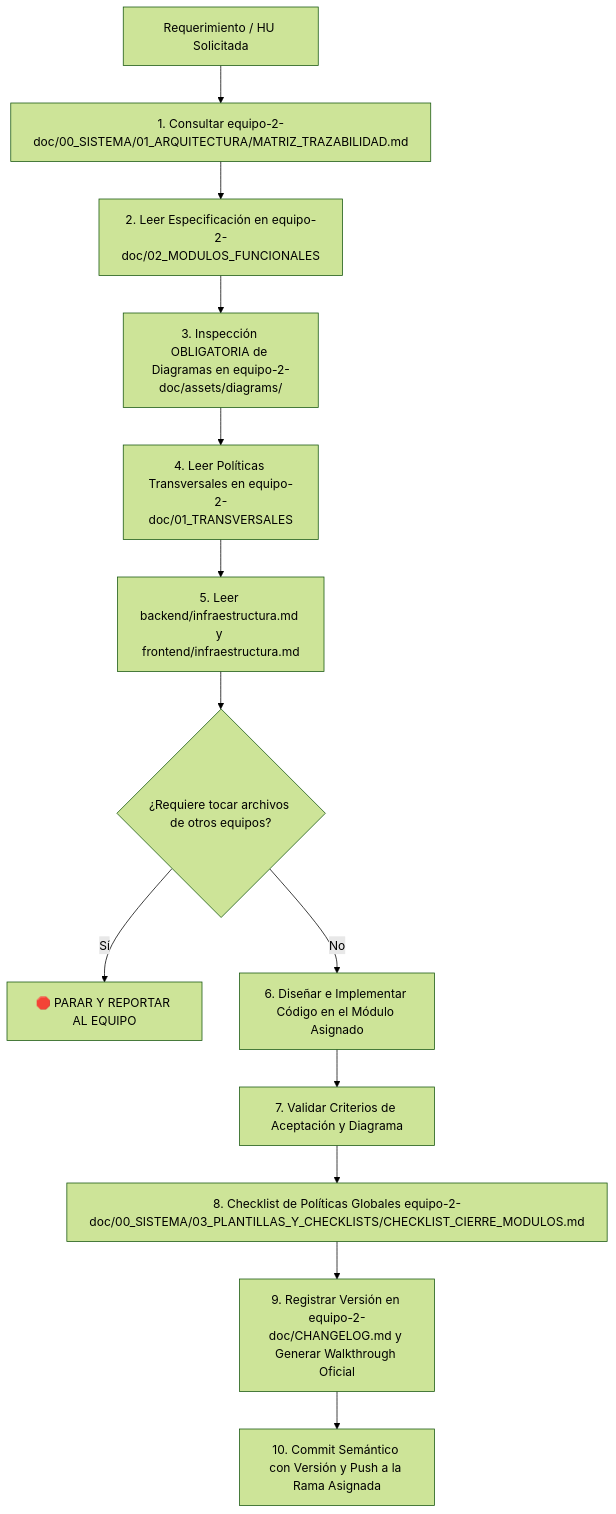
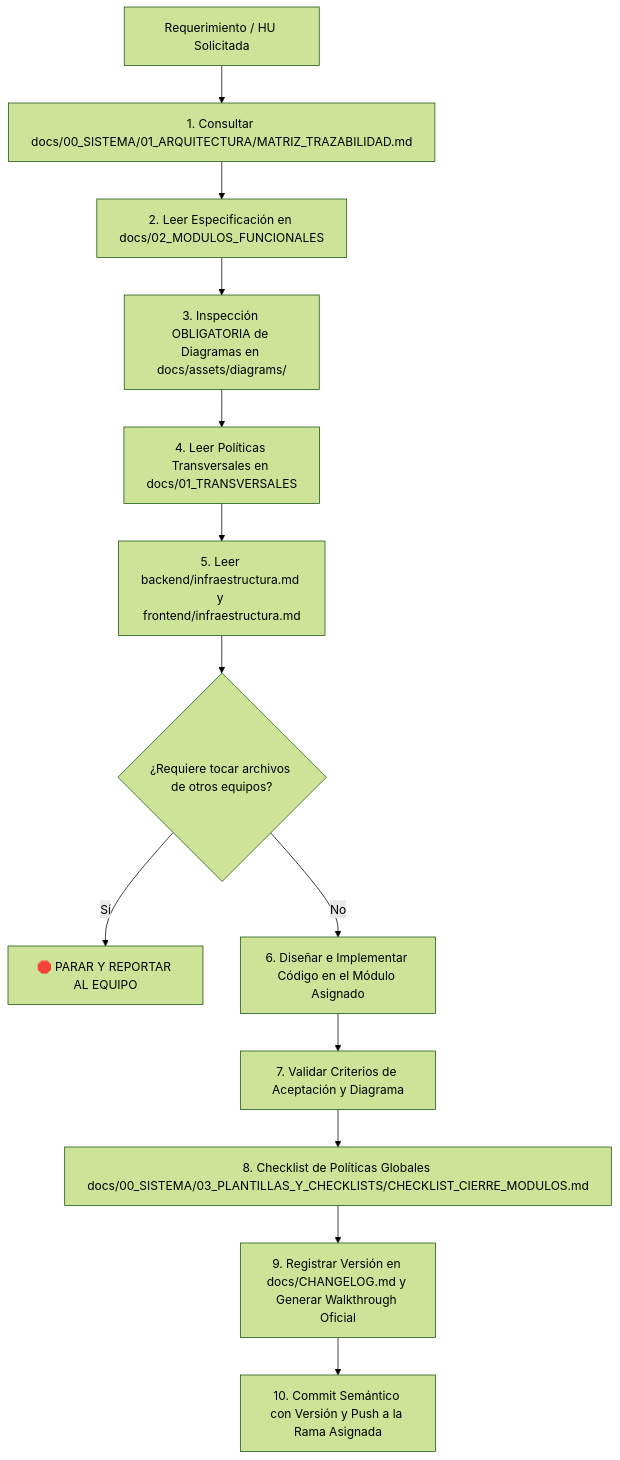
One commit to pintuclic/pintuclic changed the diagram in AGENTS.md. Above: the diagram before and after it, drawn with Mermaid (forest theme). The commit also changed other lines of this file and 40 other files, not shown here.

````diff
--- a/AGENTS.md
+++ b/AGENTS.md
@@ -20,15 +20,15 @@
 ```mermaid
 graph TD
-    A[Requerimiento / HU Solicitada] --> B[1. Consultar equipo-2-doc/00_SISTEMA/01_ARQUITECTURA/MATRIZ_TRAZABILIDAD.md]
-    B --> C[2. Leer Especificación en equipo-2-doc/02_MODULOS_FUNCIONALES]
-    C --> D[3. Inspección OBLIGATORIA de Diagramas en equipo-2-doc/assets/diagrams/]
-    D --> E[4. Leer Políticas Transversales en equipo-2-doc/01_TRANSVERSALES]
+    A[Requerimiento / HU Solicitada] --> B[1. Consultar docs/00_SISTEMA/01_ARQUITECTURA/MATRIZ_TRAZABILIDAD.md]
+    B --> C[2. Leer Especificación en docs/02_MODULOS_FUNCIONALES]
+    C --> D[3. Inspección OBLIGATORIA de Diagramas en docs/assets/diagrams/]
+    D --> E[4. Leer Políticas Transversales en docs/01_TRANSVERSALES]
     E --> F[5. Leer backend/infraestructura.md y frontend/infraestructura.md]
     F --> G{¿Requiere tocar archivos de otros equipos?}
     G -- Sí --> H[🛑 PARAR Y REPORTAR AL EQUIPO]
     G -- No --> I[6. Diseñar e Implementar Código en el Módulo Asignado]
     I --> J[7. Validar Criterios de Aceptación y Diagrama]
-    J --> K[8. Checklist de Políticas Globales equipo-2-doc/00_SISTEMA/03_PLANTILLAS_Y_CHECKLISTS/CHECKLIST_CIERRE_MODULOS.md]
-    K --> L[9. Registrar Versión en equipo-2-doc/CHANGELOG.md y Generar Walkthrough Oficial]
+    J --> K[8. Checklist de Políticas Globales docs/00_SISTEMA/03_PLANTILLAS_Y_CHECKLISTS/CHECKLIST_CIERRE_MODULOS.md]
+    K --> L[9. Registrar Versión en docs/CHANGELOG.md y Generar Walkthrough Oficial]
     L --> M[10. Commit Semántico con Versión y Push a la Rama Asignada]
 ```
````
